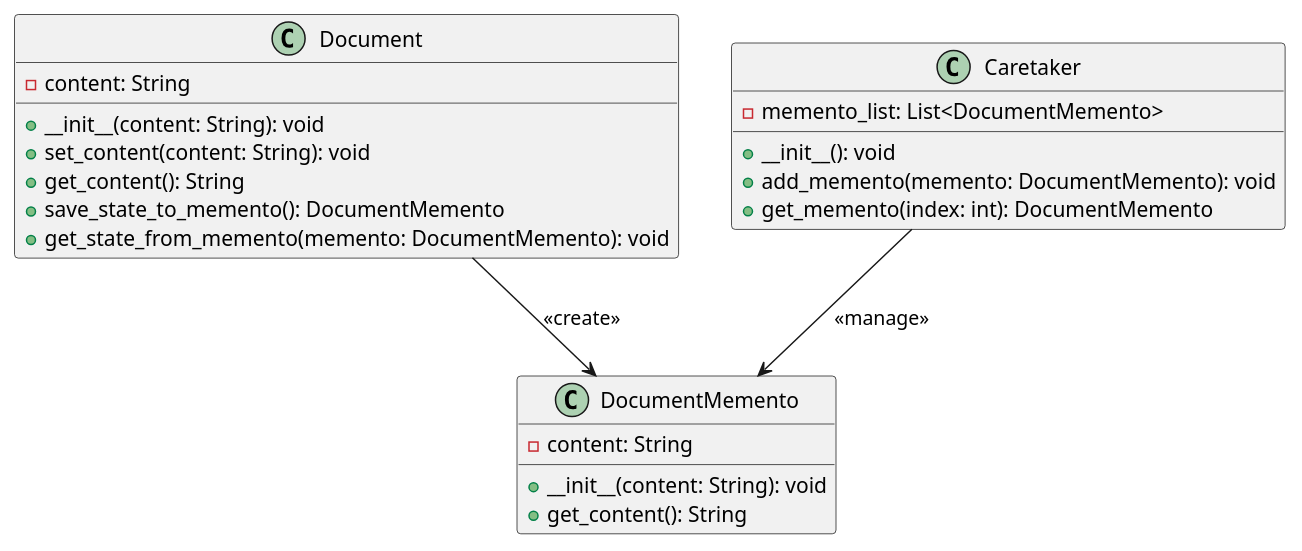
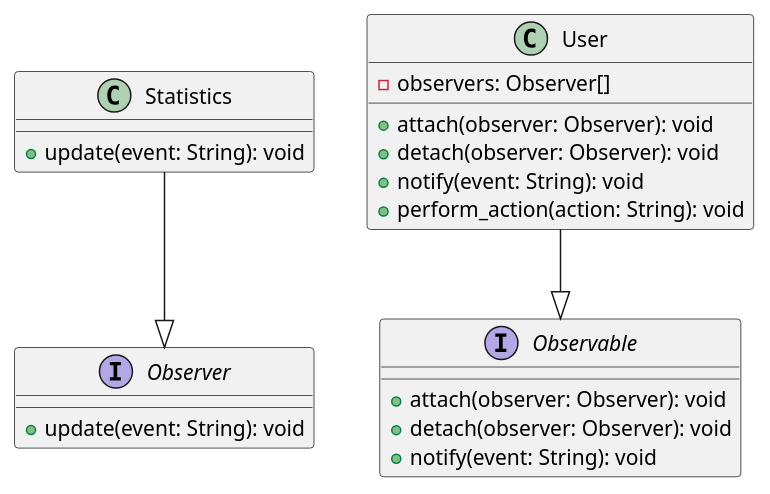
Before and after one commit to andrewovchinnikov/design-patterns: the diagram in klassifikaciya-patternov/povedencheskie-patterny-behavioral-patterns/nablyudatel-observer/primery/obnovlenie-statistiki/python.md, drawn with PlantUML. The commit also changed other lines of this file and 122 other files, not shown here.

````diff
--- a/klassifikaciya-patternov/povedencheskie-patterny-behavioral-patterns/nablyudatel-observer/primery/obnovlenie-statistiki/python.md
+++ b/klassifikaciya-patternov/povedencheskie-patterny-behavioral-patterns/nablyudatel-observer/primery/obnovlenie-statistiki/python.md
@@ -99,30 +91,30 @@
 ```plantuml
 @startuml
 
-class Document {
-    -content: String
-    +__init__(content: String): void
-    +set_content(content: String): void
-    +get_content(): String
-    +save_state_to_memento(): DocumentMemento
-    +get_state_from_memento(memento: DocumentMemento): void
+interface Observer {
+    +update(event: String): void
 }
 
-class DocumentMemento {
-    -content: String
-    +__init__(content: String): void
-    +get_content(): String
+interface Observable {
+    +attach(observer: Observer): void
+    +detach(observer: Observer): void
+    +notify(event: String): void
 }
 
-class Caretaker {
-    -memento_list: List<DocumentMemento>
-    +__init__(): void
-    +add_memento(memento: DocumentMemento): void
-    +get_memento(index: int): DocumentMemento
+class User {
+    -observers: Observer[]
+    +attach(observer: Observer): void
+    +detach(observer: Observer): void
+    +notify(event: String): void
+    +perform_action(action: String): void
 }
 
-Document --> DocumentMemento: <<create>>
-Caretaker --> DocumentMemento: <<manage>>
+class Statistics {
+    +update(event: String): void
+}
+
+User --|> Observable
+Statistics --|> Observer
 
 @enduml
 ```
````
